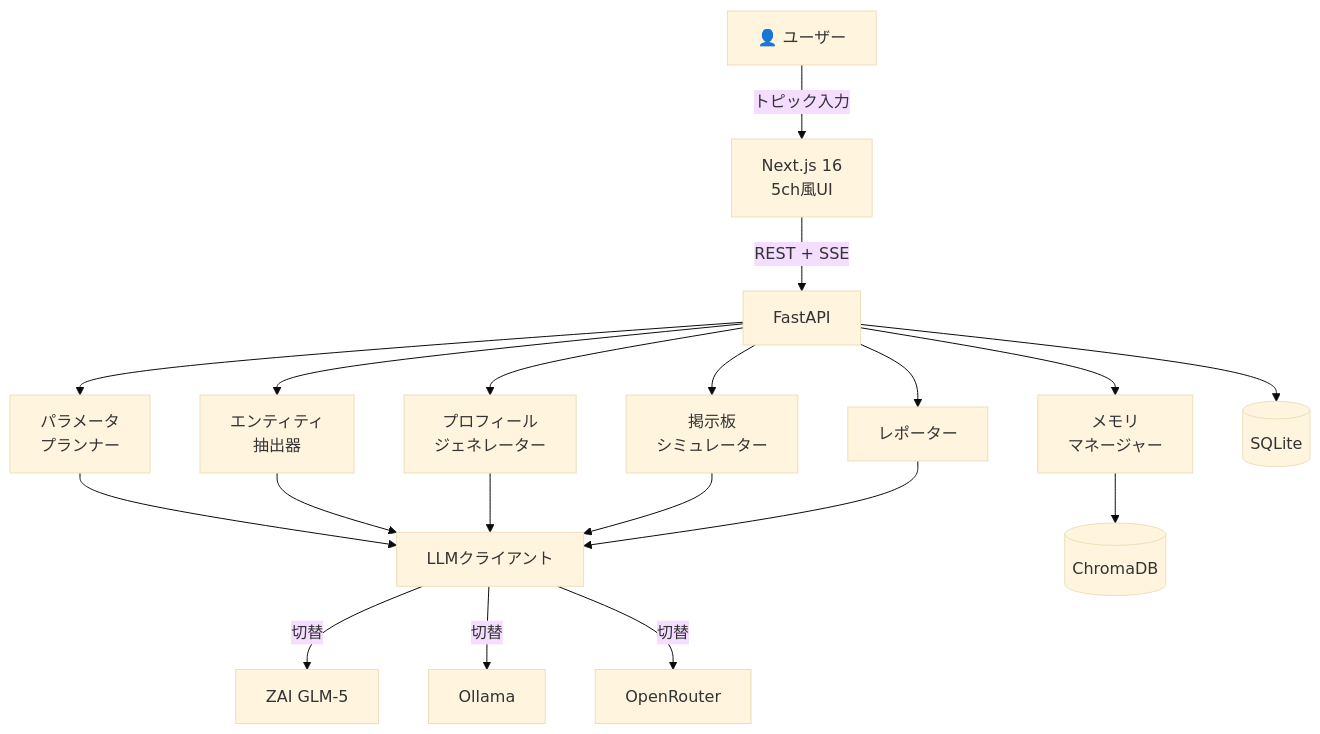
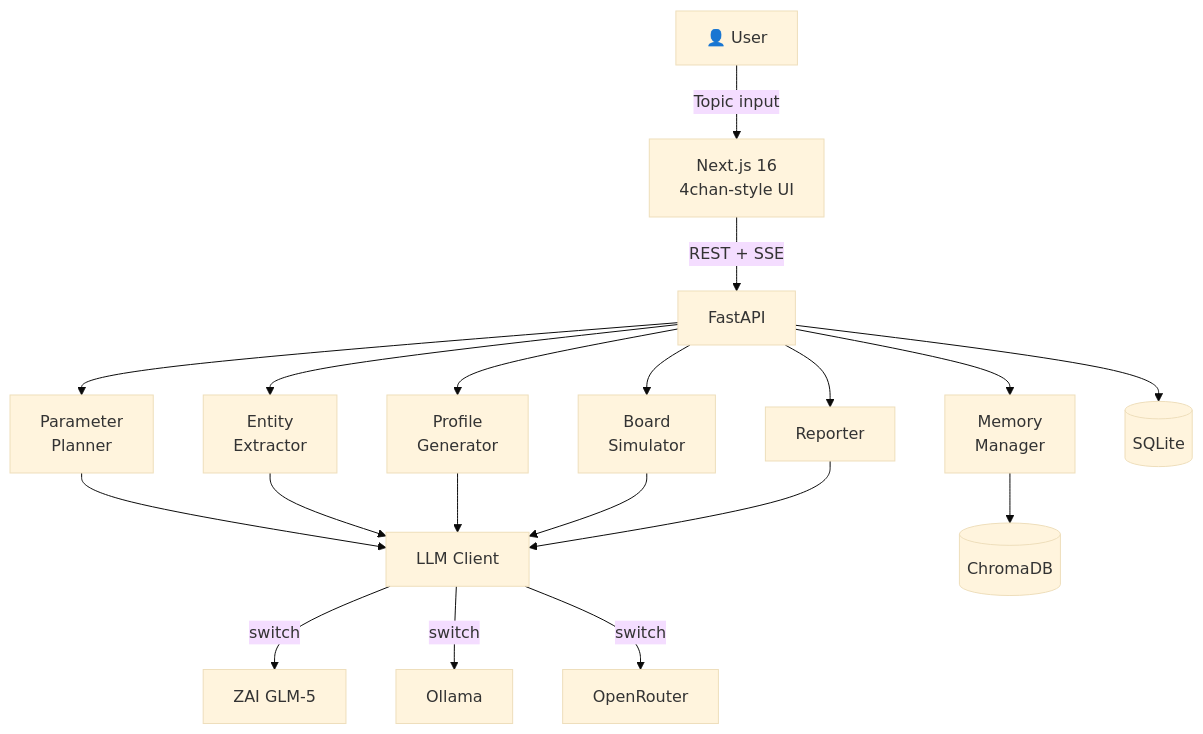
Before and after one commit to tak633b/41chan: the diagram in README.md, drawn with Mermaid (base theme). The commit also changed other lines of this file and 12 other files, not shown here.

````diff
--- a/README.md
+++ b/README.md
@@ -132,25 +132,25 @@
 ```mermaid
 graph TB
-    User[👤 ユーザー] -->|トピック入力| Frontend[Next.js 16<br/>5ch風UI]
+    User[👤 User] -->|Topic input| Frontend[Next.js 16<br/>4chan-style UI]
     Frontend -->|REST + SSE| Backend[FastAPI]
 
-    Backend --> Planner[パラメータ<br/>プランナー]
-    Backend --> Extractor[エンティティ<br/>抽出器]
-    Backend --> Generator[プロフィール<br/>ジェネレーター]
-    Backend --> Simulator[掲示板<br/>シミュレーター]
-    Backend --> Reporter[レポーター]
-    Backend --> Memory[メモリ<br/>マネージャー]
+    Backend --> Planner[Parameter<br/>Planner]
+    Backend --> Extractor[Entity<br/>Extractor]
+    Backend --> Generator[Profile<br/>Generator]
+    Backend --> Simulator[Board<br/>Simulator]
+    Backend --> Reporter[Reporter]
+    Backend --> Memory[Memory<br/>Manager]
 
-    Planner --> LLM[LLMクライアント]
+    Planner --> LLM[LLM Client]
     Extractor --> LLM
     Generator --> LLM
     Simulator --> LLM
     Reporter --> LLM
 
-    LLM -->|切替| ZAI[ZAI GLM-5]
-    LLM -->|切替| Ollama[Ollama]
-    LLM -->|切替| OpenRouter[OpenRouter]
+    LLM -->|switch| ZAI[ZAI GLM-5]
+    LLM -->|switch| Ollama[Ollama]
+    LLM -->|switch| OpenRouter[OpenRouter]
 
     Backend --> DB[(SQLite)]
     Memory --> ChromaDB[(ChromaDB)]
 ```
````
